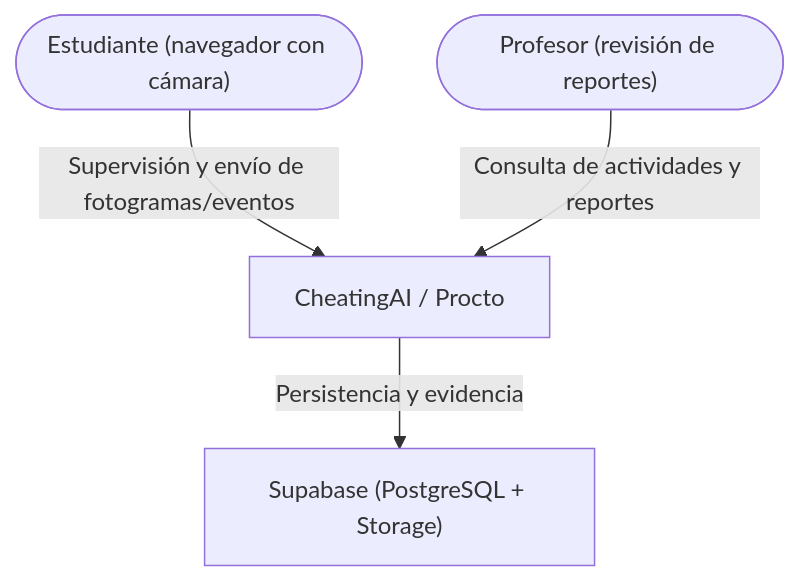
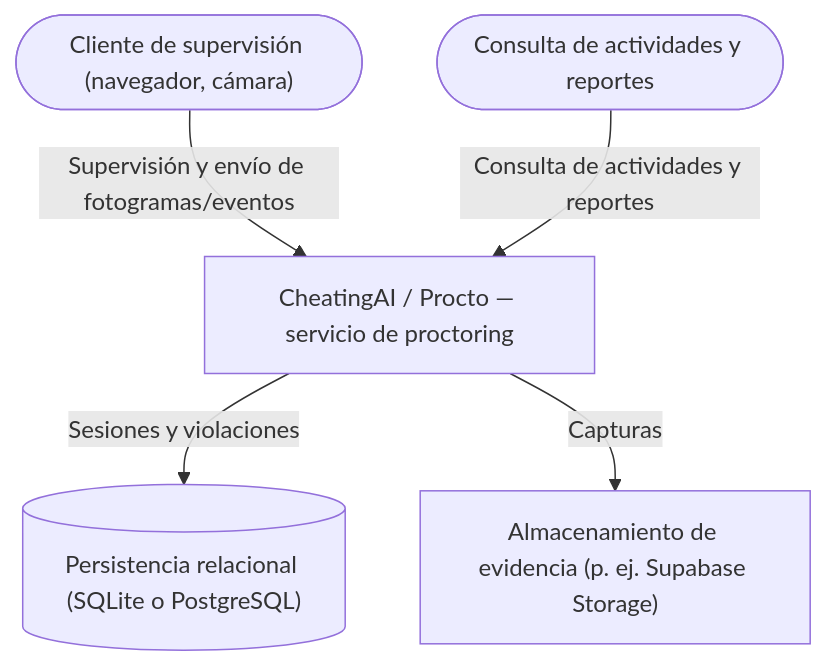
One commit to CristhianAC/CheatingAI changed the first of 2 diagrams in informe2.md. Above: the diagram before and after it, drawn with Mermaid. The commit also changed other lines of this file, not shown here.

First line of the commit message:
refactor: update proctoring documentation and clarify project scope

````diff
--- a/informe2.md
+++ b/informe2.md
@@ -224,11 +209,13 @@
 ```mermaid
 flowchart TD
-  Student(["Estudiante (navegador con cámara)"])
-  Professor(["Profesor (revisión de reportes)"])
-  System["CheatingAI / Procto"]
-  Supabase["Supabase (PostgreSQL + Storage)"]
+  ClienteSup(["Cliente de supervisión (navegador, cámara)"])
+  Revision(["Consulta de actividades y reportes"])
+  System["CheatingAI / Procto — servicio de proctoring"]
+  DBctx[("Persistencia relacional (SQLite o PostgreSQL)")]
+  St["Almacenamiento de evidencia (p. ej. Supabase Storage)"]
 
-  Student -->|"Supervisión y envío de fotogramas/eventos"| System
-  Professor -->|"Consulta de actividades y reportes"| System
-  System -->|"Persistencia y evidencia"| Supabase
+  ClienteSup -->|"Supervisión y envío de fotogramas/eventos"| System
+  Revision -->|"Consulta de actividades y reportes"| System
+  System -->|"Sesiones y violaciones"| DBctx
+  System -->|"Capturas"| St
 ```
````
